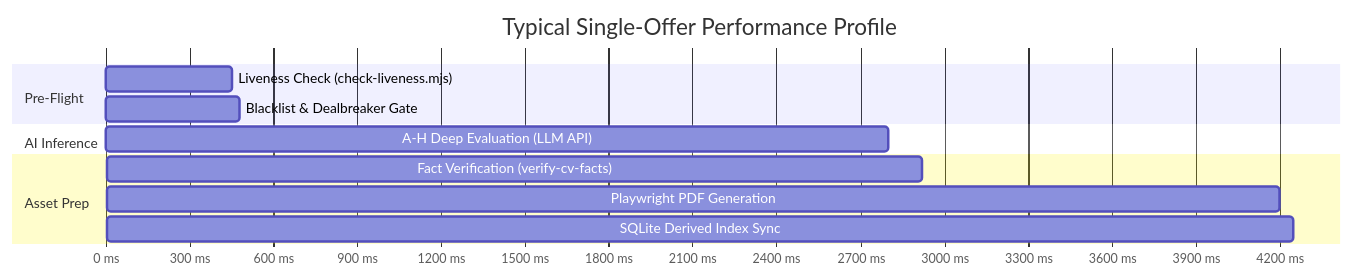
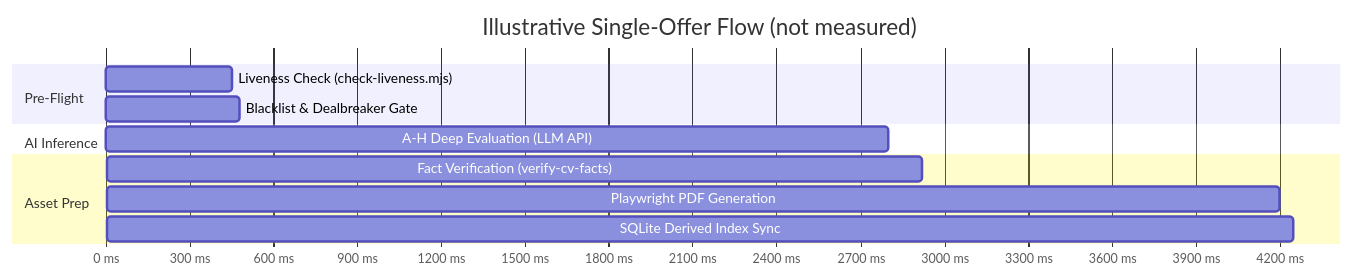
One commit to CJCreator/Jobs_Automated changed the diagram in docs/testing/PerformanceTesting.md. Above: the diagram before and after it, drawn with Mermaid. The commit also changed other lines of this file and 8 other files, not shown here.

````diff
--- a/docs/testing/PerformanceTesting.md
+++ b/docs/testing/PerformanceTesting.md
@@ -14,15 +14,15 @@
 ```mermaid
 gantt
-    title Typical Single-Offer Performance Profile
+    title Illustrative Single-Offer Flow (not measured)
     dateFormat X
     axisFormat %s ms
     section Pre-Flight
     Liveness Check (check-liveness.mjs) :0, 450
     Blacklist & Dealbreaker Gate       :450, 480
     section AI Inference
     A-H Deep Evaluation (LLM API)      :480, 2800
     section Asset Prep
     Fact Verification (verify-cv-facts):2800, 2920
     Playwright PDF Generation          :2920, 4200
     SQLite Derived Index Sync          :4200, 4250
 ```
````
